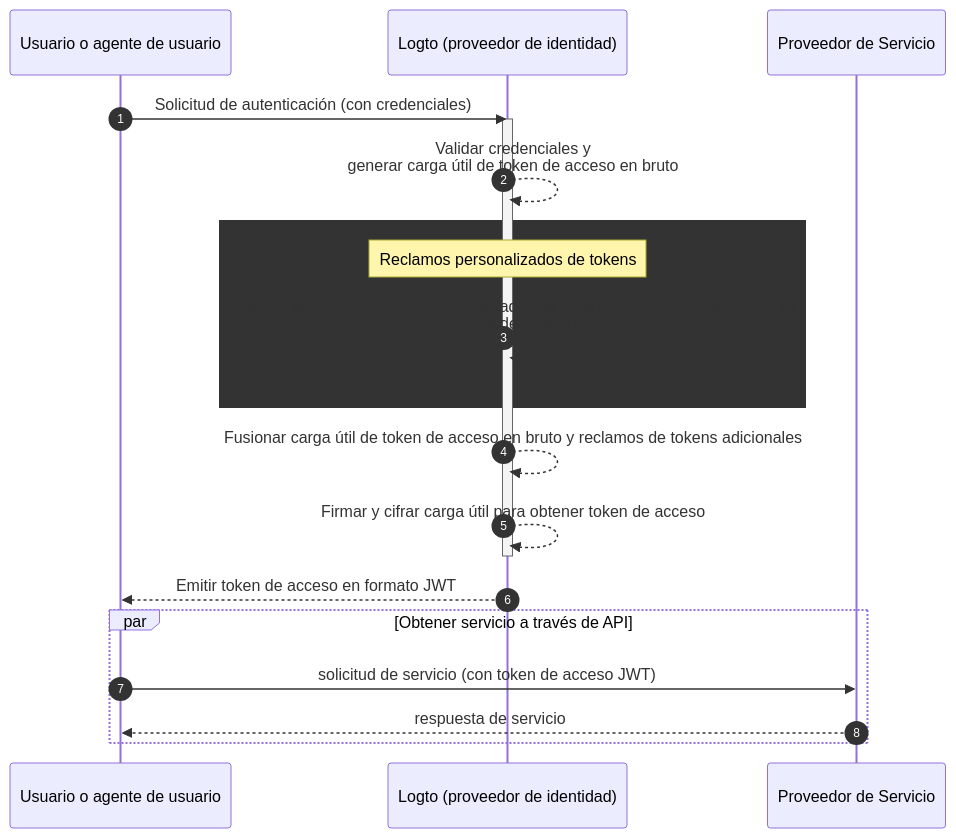
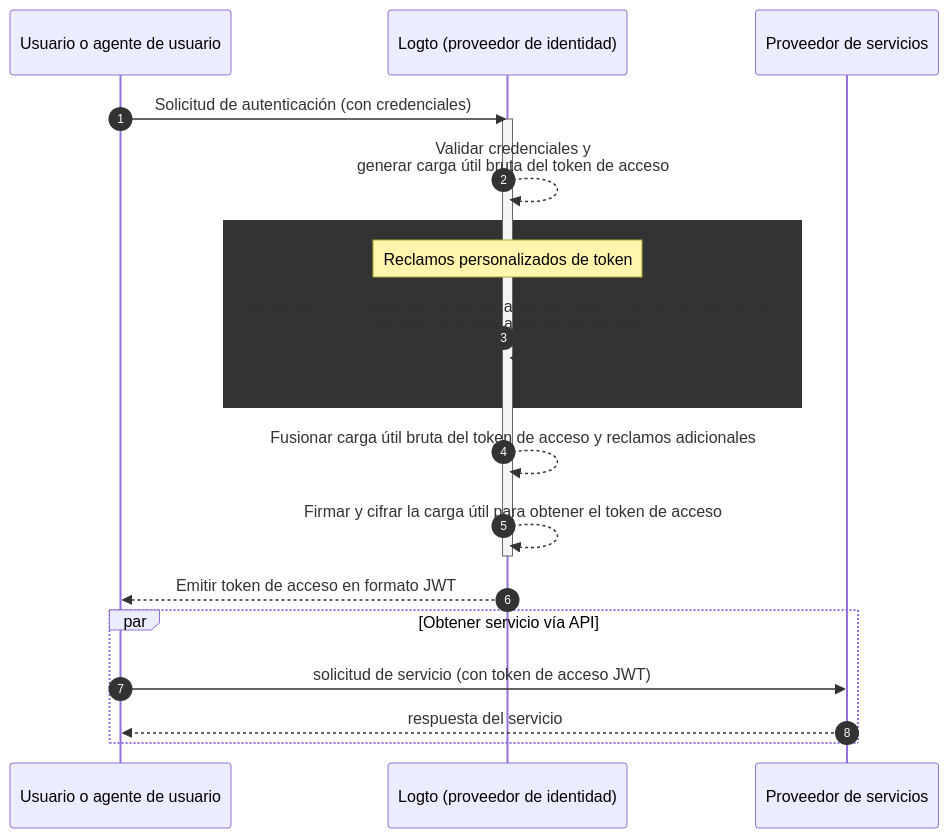
Before and after one commit to logto-io/docs: the diagram in i18n/es/docusaurus-plugin-content-docs/current/developers/custom-token-claims/README.mdx, drawn with Mermaid. The commit also changed other lines of this file and 580 other files, not shown here.

````diff
--- a/i18n/es/docusaurus-plugin-content-docs/current/developers/custom-token-claims/README.mdx
+++ b/i18n/es/docusaurus-plugin-content-docs/current/developers/custom-token-claims/README.mdx
@@ -26,23 +26,23 @@
 ```mermaid
 sequenceDiagram
   participant U as Usuario o agente de usuario
   participant IdP as Logto (proveedor de identidad)
-  participant SP as Proveedor de Servicio
+  participant SP as Proveedor de servicios
 
   autonumber
   U ->> IdP: Solicitud de autenticación (con credenciales)
   activate IdP
-  IdP-->>IdP: Validar credenciales y<br/>generar carga útil de token de acceso en bruto
+  IdP-->>IdP: Validar credenciales y<br/>generar carga útil bruta del token de acceso
   rect var(--mermaid-rect-fill)
-  note over IdP: Reclamos personalizados de tokens
-  IdP->>IdP: Ejecutar script de reclamos personalizados de tokens (`getCustomJwtClaims`) y<br/>obtener reclamos de tokens adicionales
+  note over IdP: Reclamos personalizados de token
+  IdP->>IdP: Ejecutar script de reclamos personalizados de token (`getCustomJwtClaims`) y<br/>obtener reclamos adicionales de token
   end
-  IdP-->>IdP: Fusionar carga útil de token de acceso en bruto y reclamos de tokens adicionales
-  IdP-->>IdP: Firmar y cifrar carga útil para obtener token de acceso
+  IdP-->>IdP: Fusionar carga útil bruta del token de acceso y reclamos adicionales
+  IdP-->>IdP: Firmar y cifrar la carga útil para obtener el token de acceso
   deactivate IdP
   IdP-->>U: Emitir token de acceso en formato JWT
-  par Obtener servicio a través de API
+  par Obtener servicio vía API
   U->>SP: solicitud de servicio (con token de acceso JWT)
-  SP-->>U: respuesta de servicio
+  SP-->>U: respuesta del servicio
   end
 ```
````
